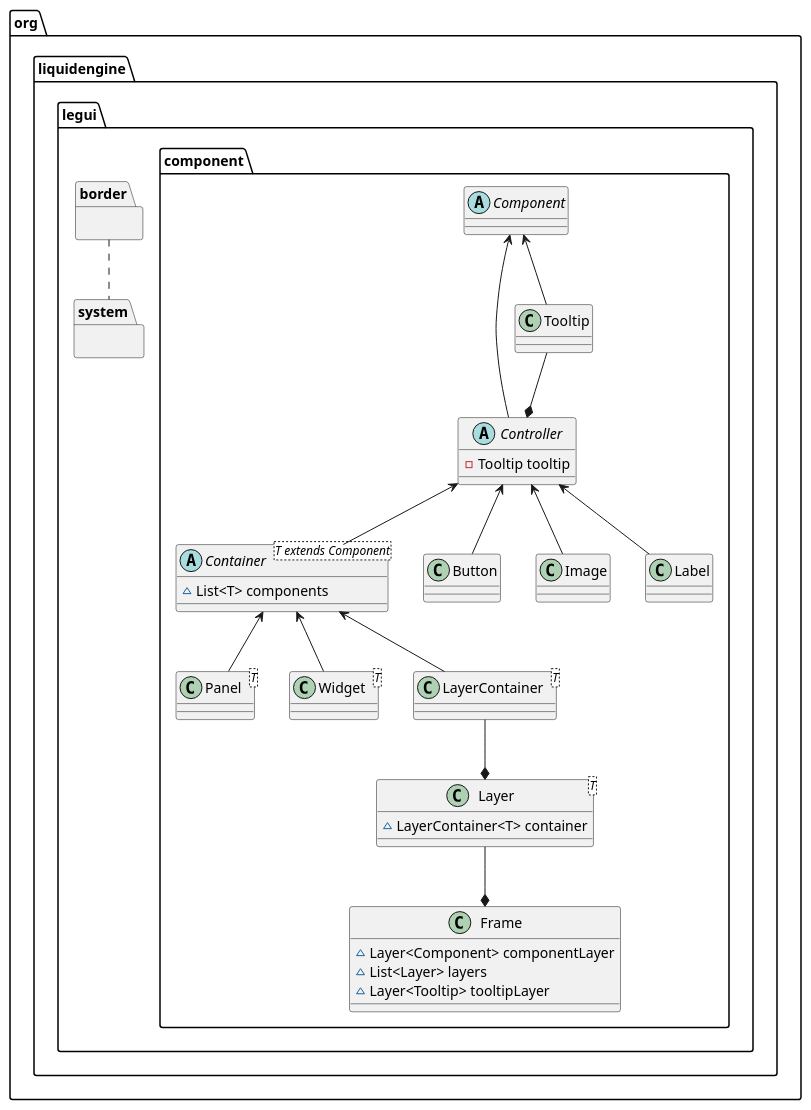
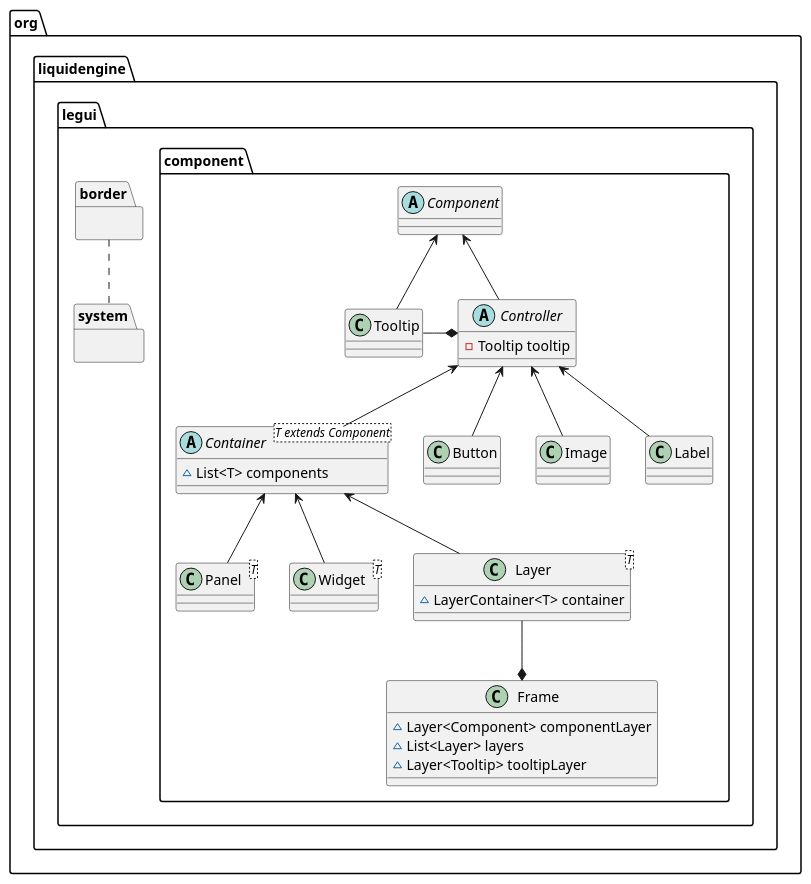
One commit to SpinyOwl/legui changed the diagram in src/main/java/ClassDiagram.puml. Above: the diagram before and after it, drawn with PlantUML. The commit also changed 29 other files, not shown here.

```diff
--- a/src/main/java/ClassDiagram.puml
+++ b/src/main/java/ClassDiagram.puml
@@ -1,55 +1,53 @@
 @startuml
 package org.liquidengine.legui{
     package component{
         abstract class Component
         abstract class Controller {
             -Tooltip tooltip
         }
         abstract class Container<T extends Component> {
             ~List<T> components
         }
         class Panel<T>
         class Widget<T>
-        class LayerContainer<T>
         class Button
         class Image
         class Label
         class Tooltip
         class Layer<T> {
             ~LayerContainer<T> container
         }
         class Frame {
             ~Layer<Component> componentLayer
             ~List<Layer> layers
             ~Layer<Tooltip> tooltipLayer
         }
 
 
         Container       <--     Panel
         Container       <--     Widget
-        Container       <--     LayerContainer
+        Container       <--     Layer
 
         Component       <--     Tooltip
         Component       <--     Controller
 
         Controller      <--     Container
         Controller      <--     Button
         Controller      <--     Image
         Controller      <--     Label
 
-         Tooltip        --*     Controller
-         LayerContainer --*     Layer
-         Layer          --*     Frame
+        Tooltip        -*      Controller
+        Layer          --*     Frame
     }
 
     package border{
 
     }
 
     package system{
 
     }
 
     border .. system
 }
 @enduml
```
